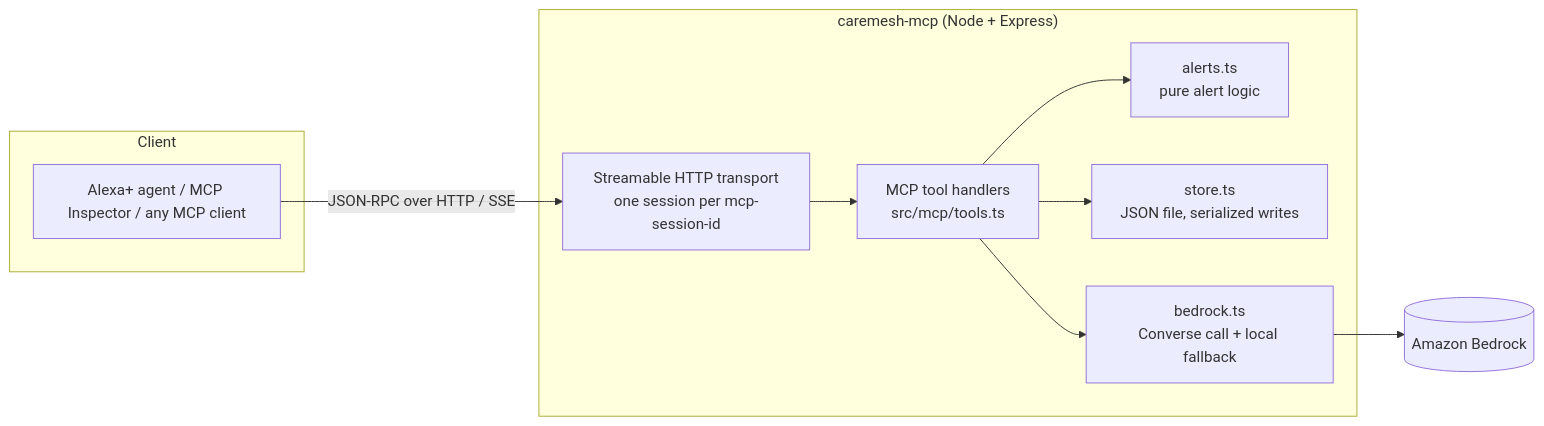
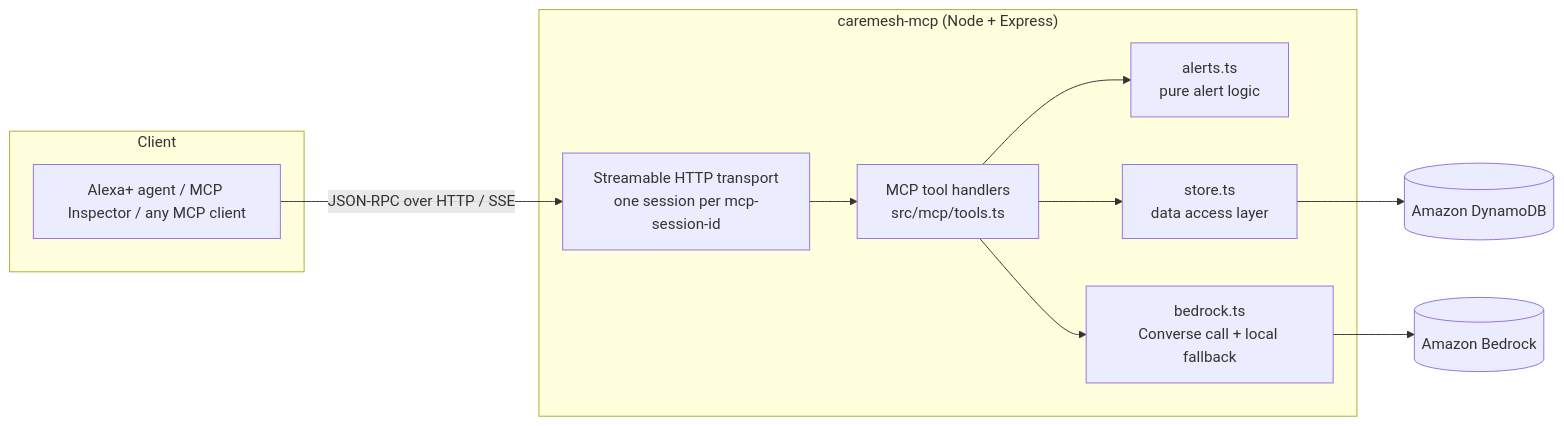
One commit to Darlington6/caremesh-mcp changed the first of 2 diagrams in docs/ARCHITECTURE.md. Above: the diagram before and after it, drawn with Mermaid. The commit also changed other lines of this file and 17 other files, not shown here.

First line of the commit message:
feat: replace JSON file store with DynamoDB

````diff
--- a/docs/ARCHITECTURE.md
+++ b/docs/ARCHITECTURE.md
@@ -5,19 +5,20 @@
 ```mermaid
 flowchart LR
     subgraph Client
         A["Alexa+ agent / MCP Inspector / any MCP client"]
     end
     subgraph Server["caremesh-mcp (Node + Express)"]
         B["Streamable HTTP transport<br/>one session per mcp-session-id"]
         C["MCP tool handlers<br/>src/mcp/tools.ts"]
         D["alerts.ts<br/>pure alert logic"]
-        E["store.ts<br/>JSON file, serialized writes"]
+        E["store.ts<br/>data access layer"]
         F["bedrock.ts<br/>Converse call + local fallback"]
     end
     G[("Amazon Bedrock")]
+    H[("Amazon DynamoDB")]
 
     A -- "JSON-RPC over HTTP / SSE" --> B --> C
     C --> D
-    C --> E
+    C --> E --> H
     C --> F --> G
 ```
````
